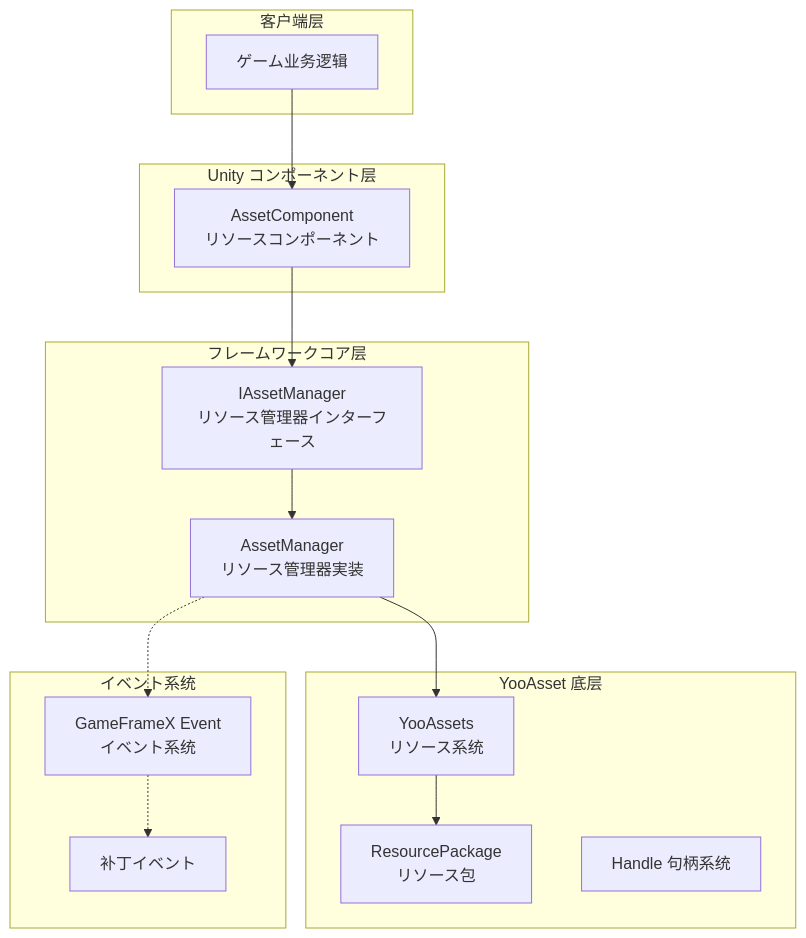
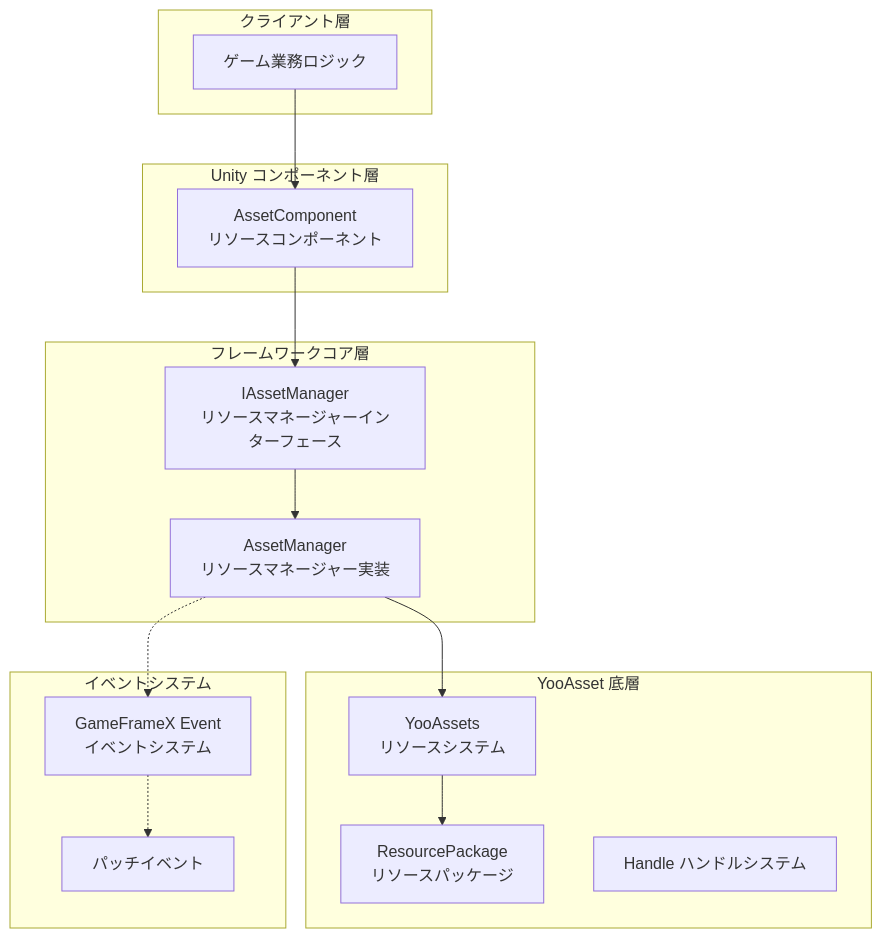
The first of 5 diagrams in docs/ja/client/unity/component/asset/08.architecture.md (AlianBlank/GameFrameX.Docs), drawn with Mermaid before and after one commit. The commit also changed other lines of this file and 320 other files, not shown here.

````diff
--- a/docs/ja/client/unity/component/asset/08.architecture.md
+++ b/docs/ja/client/unity/component/asset/08.architecture.md
@@ -18,34 +18,34 @@
 ```mermaid
 flowchart TB
-    subgraph ClientLayer["客户端层"]
-        GameLogic["ゲーム业务逻辑"]
+    subgraph ClientLayer["クライアント層"]
+        GameLogic["ゲーム業務ロジック"]
     end
 
-    subgraph UnityLayer["Unity コンポーネント层"]
+    subgraph UnityLayer["Unity コンポーネント層"]
         AssetComponent["AssetComponent<br/>リソースコンポーネント"]
     end
 
-    subgraph FrameworkLayer["フレームワークコア层"]
-        IAssetManager["IAssetManager<br/>リソース管理器インターフェース"]
-        AssetManager["AssetManager<br/>リソース管理器実装"]
+    subgraph FrameworkLayer["フレームワークコア層"]
+        IAssetManager["IAssetManager<br/>リソースマネージャーインターフェース"]
+        AssetManager["AssetManager<br/>リソースマネージャー実装"]
     end
 
-    subgraph YooAssetLayer["YooAsset 底层"]
-        YooAssets["YooAssets<br/>リソース系统"]
-        ResourcePackage["ResourcePackage<br/>リソース包"]
-        HandleSystem["Handle 句柄系统"]
+    subgraph YooAssetLayer["YooAsset 底層"]
+        YooAssets["YooAssets<br/>リソースシステム"]
+        ResourcePackage["ResourcePackage<br/>リソースパッケージ"]
+        HandleSystem["Handle ハンドルシステム"]
     end
 
-    subgraph EventLayer["イベント系统"]
-        EventSystem["GameFrameX Event<br/>イベント系统"]
-        PatchEvents["补丁イベント"]
+    subgraph EventLayer["イベントシステム"]
+        EventSystem["GameFrameX Event<br/>イベントシステム"]
+        PatchEvents["パッチイベント"]
     end
 
     GameLogic --> AssetComponent
     AssetComponent --> IAssetManager
     IAssetManager --> AssetManager
     AssetManager --> YooAssets
     YooAssets --> ResourcePackage
     AssetManager -.-> EventSystem
     EventSystem -.-> PatchEvents
 ```
````
